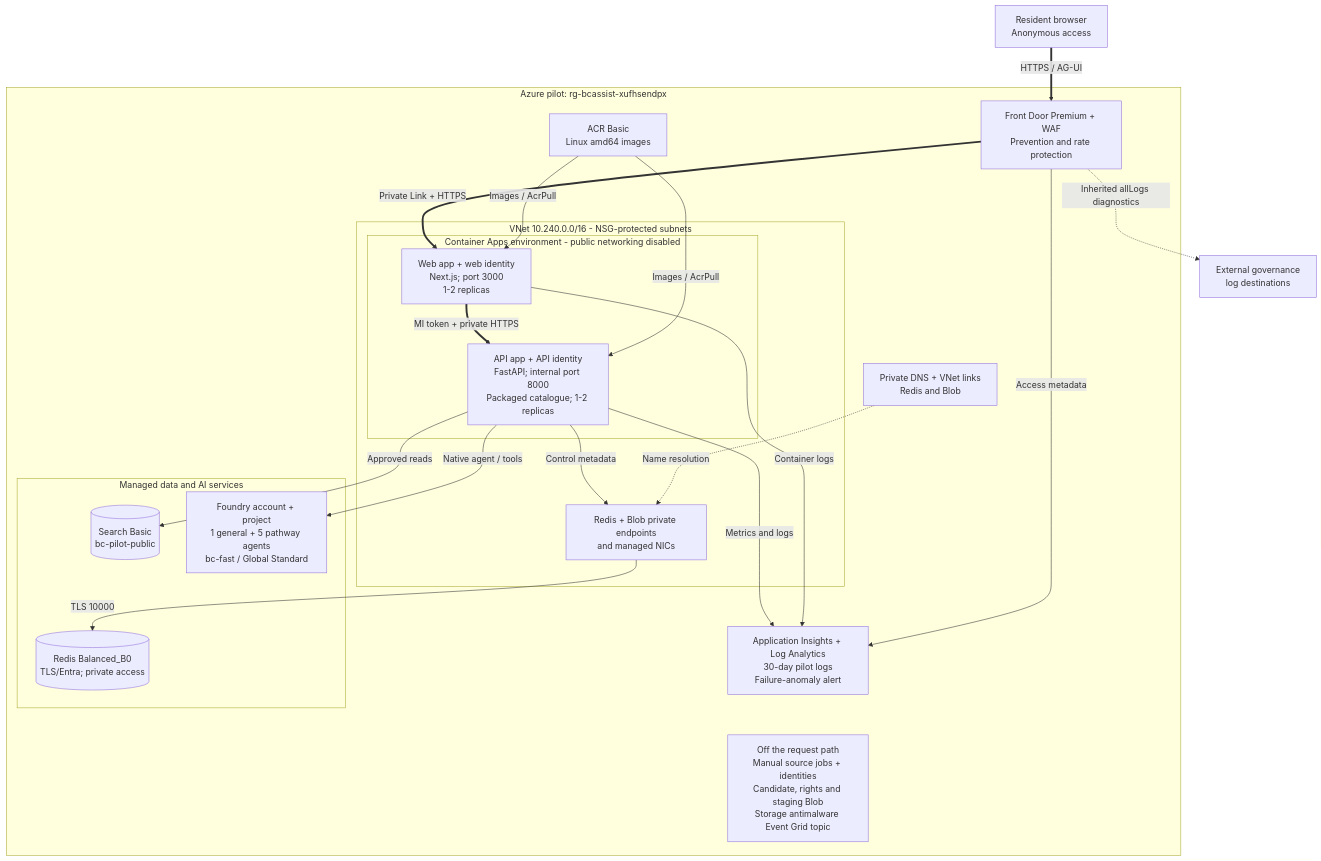
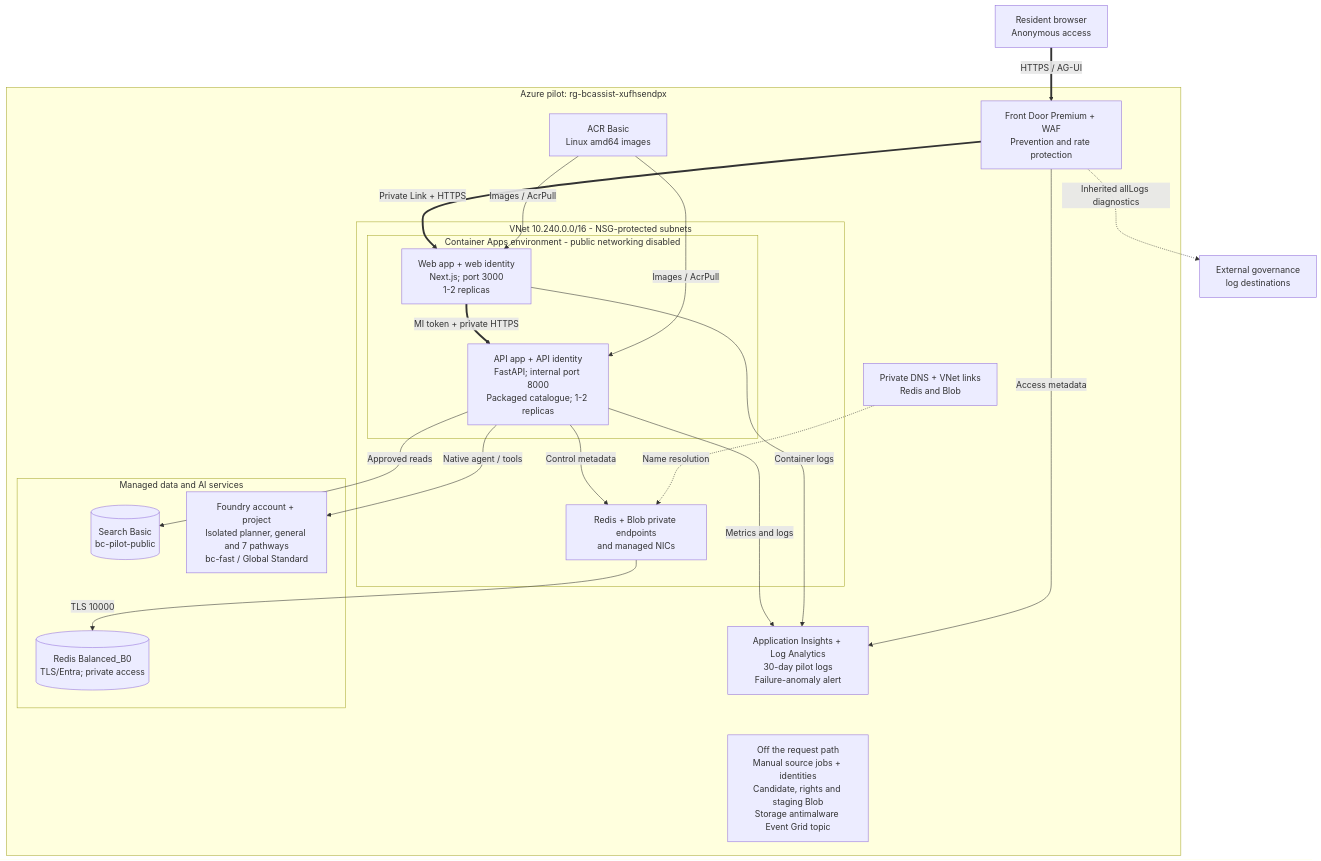
One commit to Ve-Sharma-Labs/bc-gov-ai-homepage changed the first of 4 diagrams in docs/architecture.md. Above: the diagram before and after it, drawn with Mermaid. The commit also changed other lines of this file and 3 other files, not shown here.

First line of the commit message:
docs: refresh architecture and Foundry agent diagrams

````diff
--- a/docs/architecture.md
+++ b/docs/architecture.md
@@ -89,43 +100,43 @@
 ```mermaid
 graph TB
     USER["Resident browser<br/>Anonymous access"]
     GOV["External governance<br/>log destinations"]
 
     subgraph RG["Azure pilot: rg-bcassist-xufhsendpx"]
         EDGE["Front Door Premium + WAF<br/>Prevention and rate protection"]
         subgraph NET["VNet 10.240.0.0/16 - NSG-protected subnets"]
             subgraph ENV["Container Apps environment - public networking disabled"]
                 WEB["Web app + web identity<br/>Next.js; port 3000<br/>1-2 replicas"]
                 API["API app + API identity<br/>FastAPI; internal port 8000<br/>Packaged catalogue; 1-2 replicas"]
             end
             PE["Redis + Blob private endpoints<br/>and managed NICs"]
         end
         DNS["Private DNS + VNet links<br/>Redis and Blob"]
         subgraph SERVICES["Managed data and AI services"]
             REDIS[("Redis Balanced_B0<br/>TLS/Entra; private access")]
             SEARCH[("Search Basic<br/>bc-pilot-public")]
-            FOUNDRY["Foundry account + project<br/>1 general + 5 pathway agents<br/>bc-fast / Global Standard"]
+            FOUNDRY["Foundry account + project<br/>Isolated planner, general and 7 pathways<br/>bc-fast / Global Standard"]
         end
         ACR["ACR Basic<br/>Linux amd64 images"]
         OBS["Application Insights + Log Analytics<br/>30-day pilot logs<br/>Failure-anomaly alert"]
         SUPPORT["Off the request path<br/>Manual source jobs + identities<br/>Candidate, rights and staging Blob<br/>Storage antimalware Event Grid topic"]
     end
 
     USER ==>|"HTTPS / AG-UI"| EDGE
     EDGE ==>|"Private Link + HTTPS"| WEB
     WEB ==>|"MI token + private HTTPS"| API
     API -->|"Approved reads"| SEARCH
     API -->|"Native agent / tools"| FOUNDRY
     API -->|"Control metadata"| PE
     PE -->|"TLS 10000"| REDIS
     DNS -.->|"Name resolution"| PE
     ACR -->|"Images / AcrPull"| WEB
     ACR -->|"Images / AcrPull"| API
     API -->|"Metrics and logs"| OBS
     WEB -->|"Container logs"| OBS
     EDGE -->|"Access metadata"| OBS
     EDGE -.->|"Inherited allLogs diagnostics"| GOV
     %% Invisible links only position supporting boxes; they are not data flows.
     SEARCH ~~~ OBS
     OBS ~~~ SUPPORT
 ```
````
